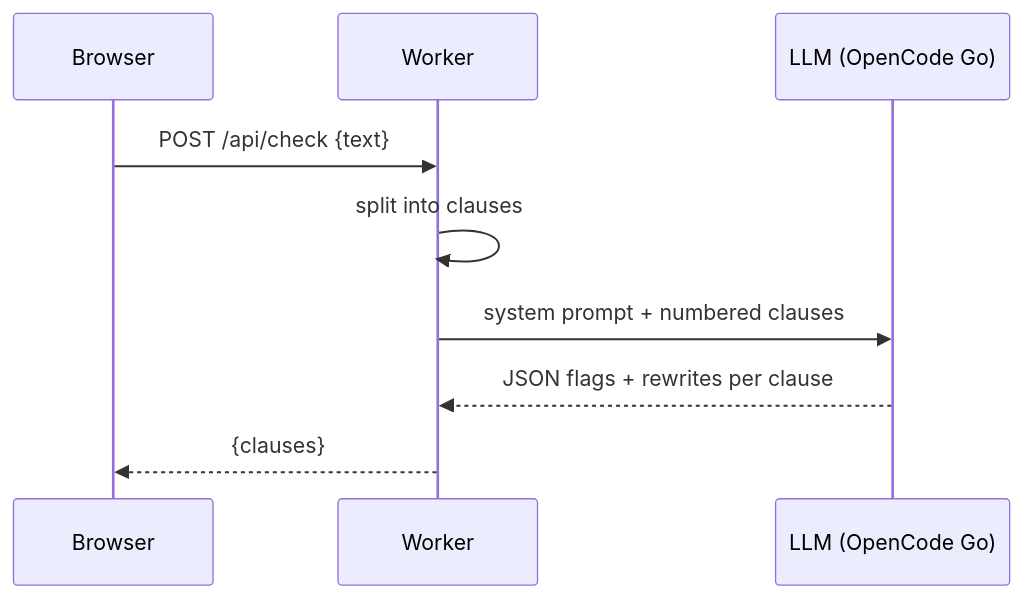
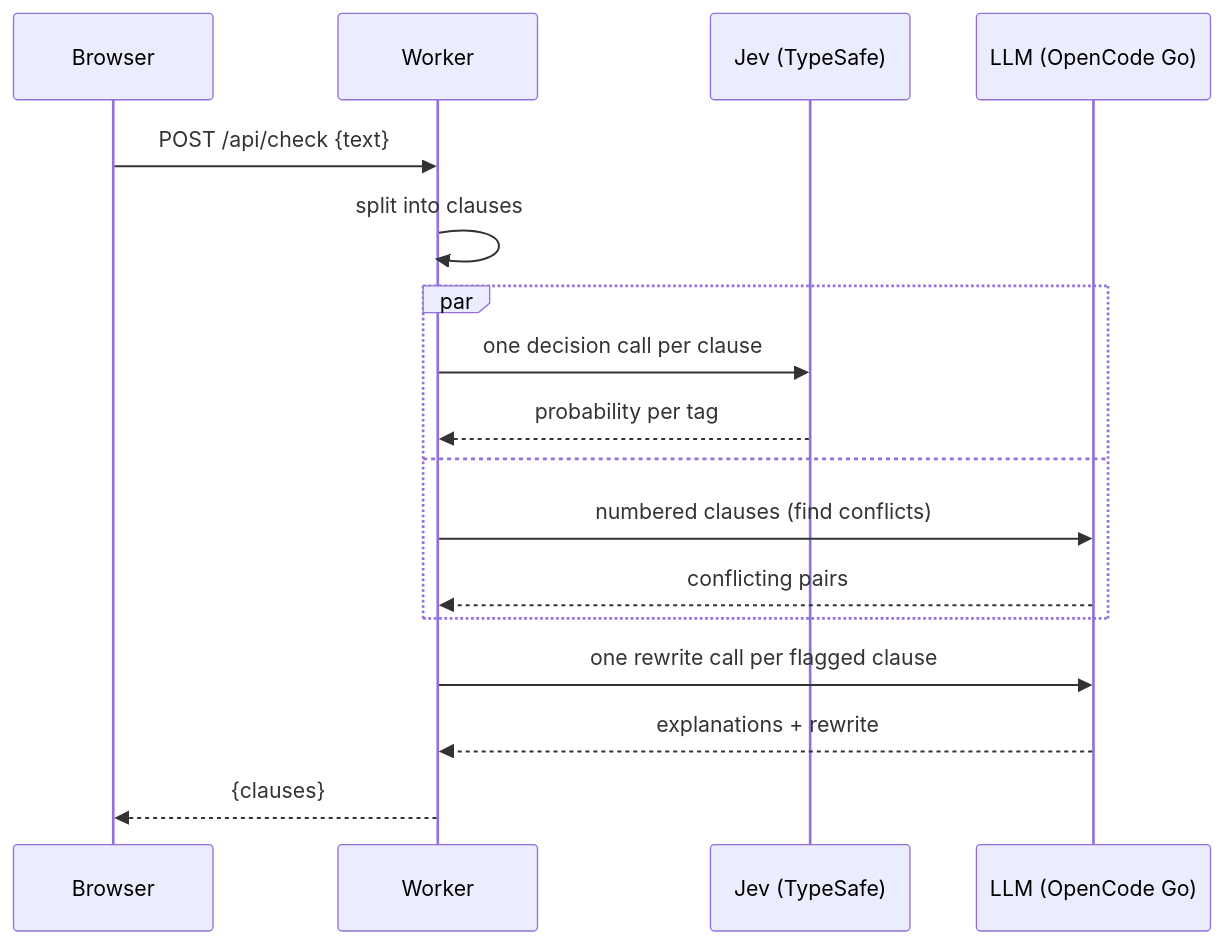
The diagram in README.md (TJERR1/speccheck), drawn with Mermaid before and after one commit. The commit also changed other lines of this file and 5 other files, not shown here.

````diff
--- a/README.md
+++ b/README.md
@@ -30,12 +33,20 @@
 ```mermaid
 sequenceDiagram
     participant Browser
     participant Worker
+    participant Jev as Jev (TypeSafe)
     participant LLM as LLM (OpenCode Go)
 
     Browser->>Worker: POST /api/check {text}
     Worker->>Worker: split into clauses
-    Worker->>LLM: system prompt + numbered clauses
-    LLM-->>Worker: JSON flags + rewrites per clause
+    par
+        Worker->>Jev: one decision call per clause
+        Jev-->>Worker: probability per tag
+    and
+        Worker->>LLM: numbered clauses (find conflicts)
+        LLM-->>Worker: conflicting pairs
+    end
+    Worker->>LLM: one rewrite call per flagged clause
+    LLM-->>Worker: explanations + rewrite
     Worker-->>Browser: {clauses}
 ```
````
